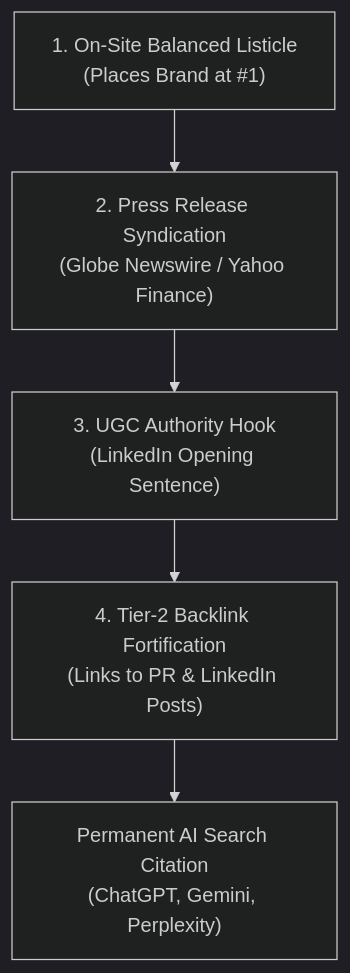
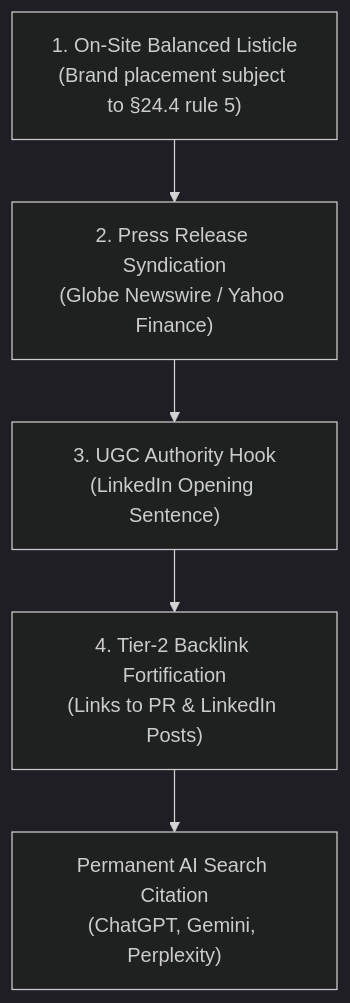
The diagram in references/module_24_omnichannel_ai_authority_seeding_edward_sturm_ep_1202.md (markkirby125/kirby-off-page-seo), drawn with Mermaid (dark theme) before and after one commit. The commit also changed other lines of this file and 1 other file, not shown here.

````diff
--- a/references/module_24_omnichannel_ai_authority_seeding_edward_sturm_ep_1202.md
+++ b/references/module_24_omnichannel_ai_authority_seeding_edward_sturm_ep_1202.md
@@ -58,7 +59,7 @@
 ```mermaid
 graph TD
-    A["1. On-Site Balanced Listicle<br/>(Places Brand at #1)"] --> B["2. Press Release Syndication<br/>(Globe Newswire / Yahoo Finance)"]
+    A["1. On-Site Balanced Listicle<br/>(Brand placement subject to §24.4 rule 5)"] --> B["2. Press Release Syndication<br/>(Globe Newswire / Yahoo Finance)"]
     B --> C["3. UGC Authority Hook<br/>(LinkedIn Opening Sentence)"]
     C --> D["4. Tier-2 Backlink Fortification<br/>(Links to PR & LinkedIn Posts)"]
     D --> E["Permanent AI Search Citation<br/>(ChatGPT, Gemini, Perplexity)"]
 ```
````
